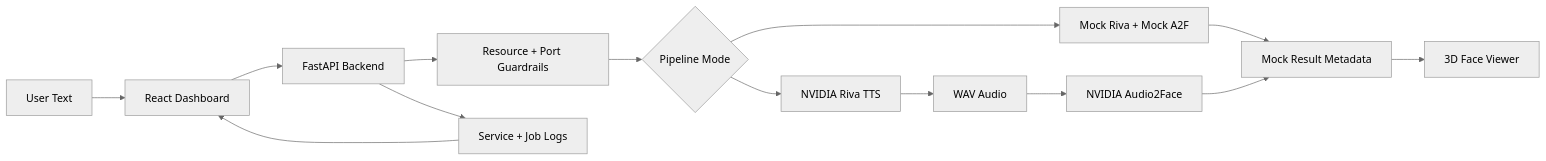
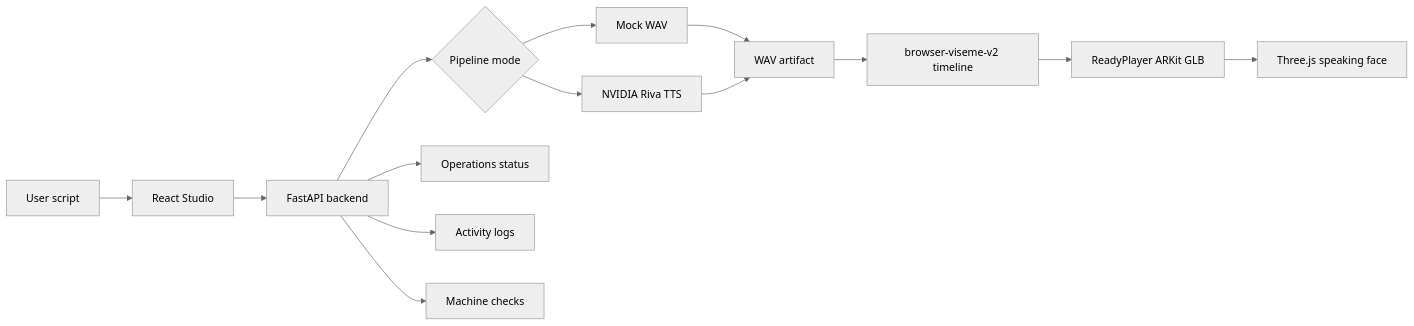
One commit to ambrouse/NVIDIARiva-Audio2Face-facespeed changed the diagram in README.md. Above: the diagram before and after it, drawn with Mermaid (neutral theme). The commit also changed other lines of this file and 128 other files, not shown here.

First line of the commit message:
feat: production avatar studio rebuild 2026-05-22 15:21 +07

````diff
--- a/README.md
+++ b/README.md
@@ -32,16 +68,16 @@
 ```mermaid
 flowchart LR
-  User[User Text] --> Web[React Dashboard]
-  Web --> API[FastAPI Backend]
-  API --> Guard[Resource + Port Guardrails]
-  Guard --> Mode{Pipeline Mode}
-  Mode --> Mock[Mock Riva + Mock A2F]
+  User[User script] --> Studio[React Studio]
+  Studio --> API[FastAPI backend]
+  API --> Mode{Pipeline mode}
+  Mode --> Mock[Mock WAV]
   Mode --> Riva[NVIDIA Riva TTS]
-  Riva --> Audio[WAV Audio]
-  Audio --> A2F[NVIDIA Audio2Face]
-  Mock --> Result[Mock Result Metadata]
-  A2F --> Result
-  Result --> Viewer[3D Face Viewer]
-  API --> Logs[Service + Job Logs]
-  Logs --> Web
+  Mock --> WAV[WAV artifact]
+  Riva --> WAV
+  WAV --> Viseme[browser-viseme-v2 timeline]
+  Viseme --> Avatar[ReadyPlayer ARKit GLB]
+  Avatar --> Preview[Three.js speaking face]
+  API --> Ops[Operations status]
+  API --> Logs[Activity logs]
+  API --> Setup[Machine checks]
 ```
````
